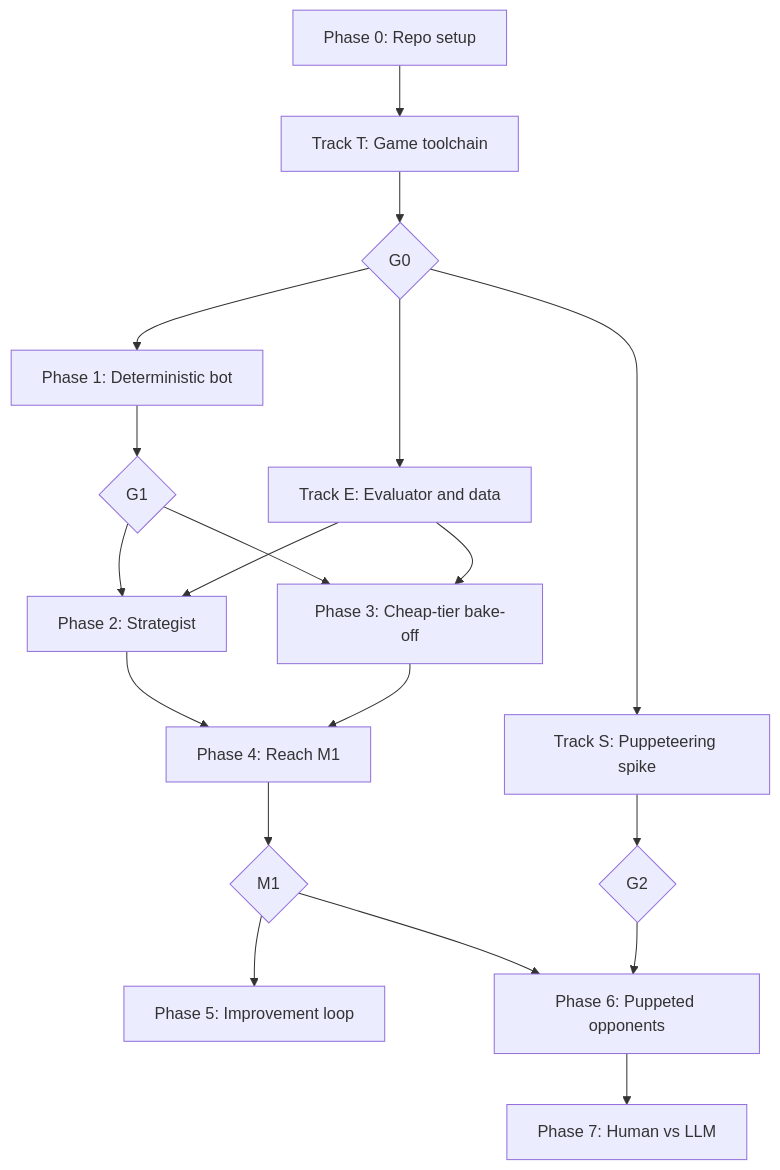
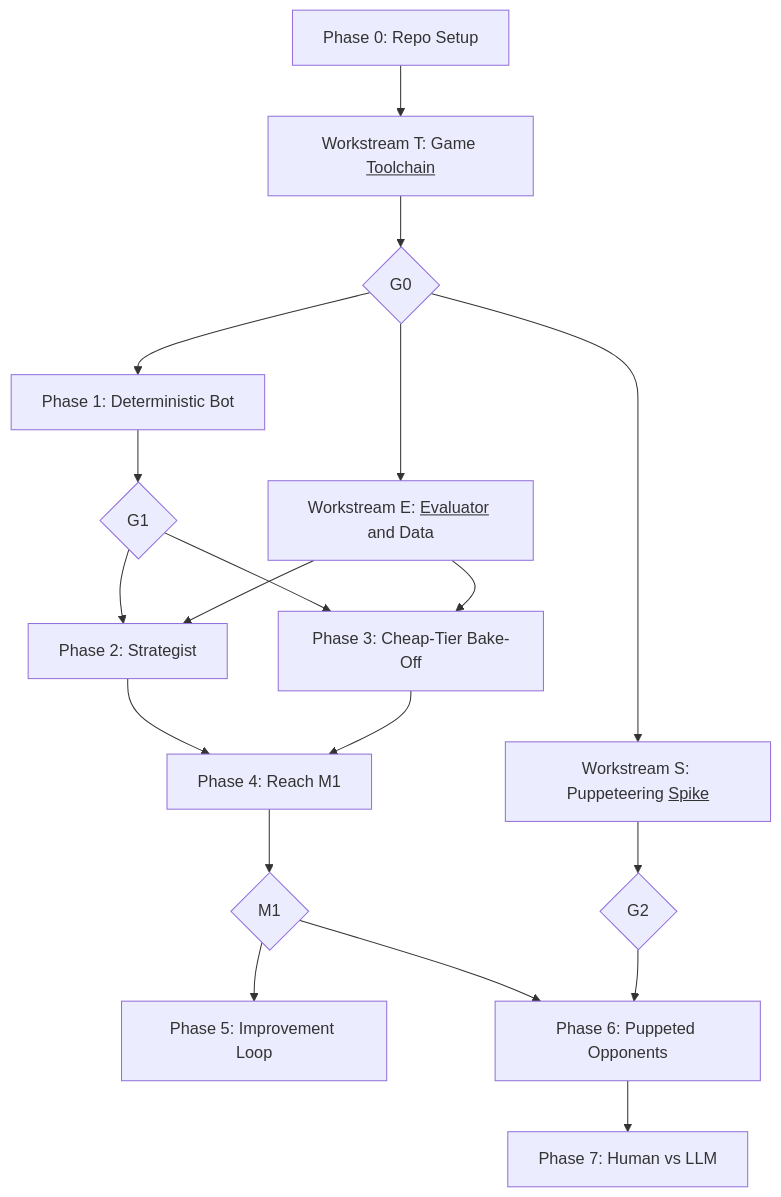
Before and after one commit to AlexNewell/civ_6_ai: the diagram in roadmap.md, drawn with Mermaid. The commit also changed other lines of this file and 3 other files, not shown here.

````diff
--- a/roadmap.md
+++ b/roadmap.md
@@ -22,18 +22,18 @@
 ```mermaid
 flowchart TD
-    P0["Phase 0: Repo setup"] --> T["Track T: Game toolchain"] --> G0{G0}
-    G0 --> P1["Phase 1: Deterministic bot"] --> G1{G1}
-    G0 --> E["Track E: Evaluator and data"]
-    G0 --> S["Track S: Puppeteering spike"] --> G2{G2}
+    P0["Phase 0: Repo Setup"] --> T["Workstream T: Game <u>Toolchain</u>"] --> G0{G0}
+    G0 --> P1["Phase 1: Deterministic Bot"] --> G1{G1}
+    G0 --> E["Workstream E: <u>Evaluator</u> and Data"]
+    G0 --> S["Workstream S: Puppeteering <u>Spike</u>"] --> G2{G2}
     G1 --> P2["Phase 2: Strategist"]
-    G1 --> P3["Phase 3: Cheap-tier bake-off"]
+    G1 --> P3["Phase 3: Cheap-Tier Bake-Off"]
     E --> P2
     E --> P3
     P2 --> P4["Phase 4: Reach M1"]
     P3 --> P4
     P4 --> M1{M1}
-    M1 --> P5["Phase 5: Improvement loop"]
-    M1 --> P6["Phase 6: Puppeted opponents"]
+    M1 --> P5["Phase 5: Improvement Loop"]
+    M1 --> P6["Phase 6: Puppeted Opponents"]
     G2 --> P6
     P6 --> P7["Phase 7: Human vs LLM"]
 ```
````
